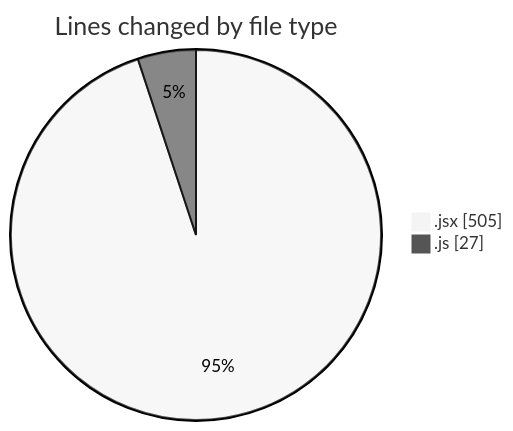
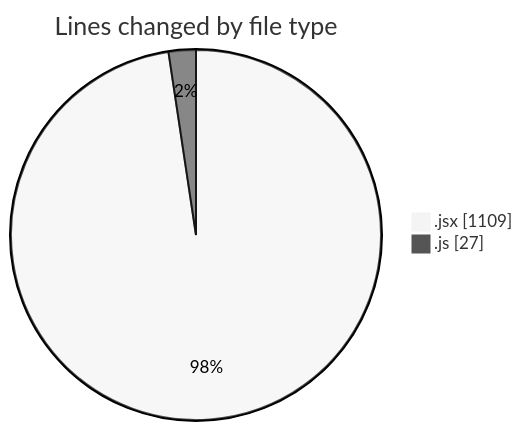
The first of 2 diagrams in 2025-05-16/argos-dev/README.md (nxtqubesakshisongat/code-tracking), drawn with Mermaid (neutral theme) before and after one commit. The commit also changed other lines of this file and 1 other file, not shown here.

````diff
--- a/2025-05-16/argos-dev/README.md
+++ b/2025-05-16/argos-dev/README.md
@@ -22,6 +23,6 @@
 ```mermaid
 pie showData
 title Lines changed by file type
-".jsx" : 505
+".jsx" : 1109
 ".js" : 27
 ```
````
